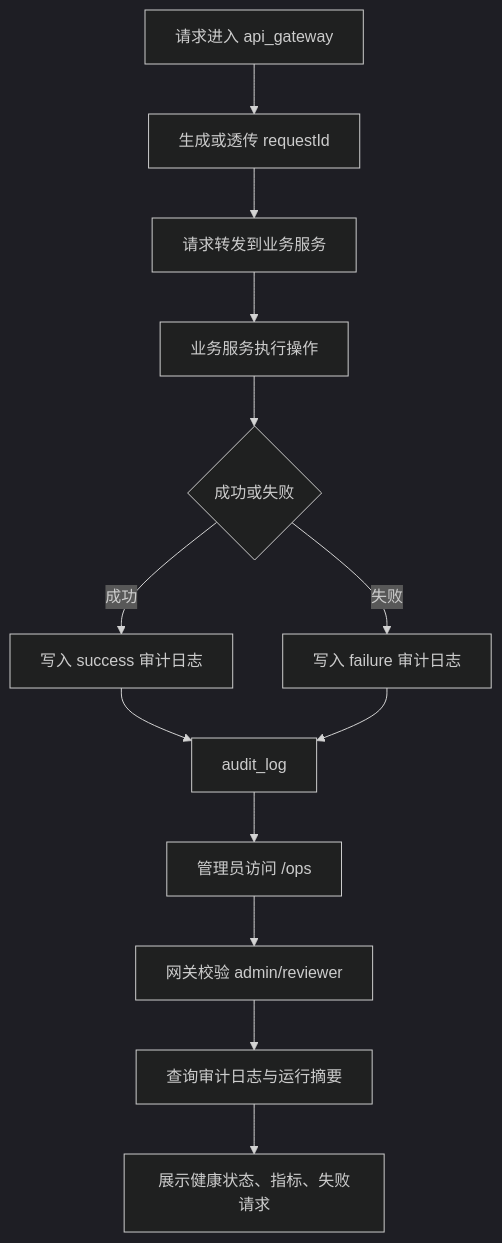
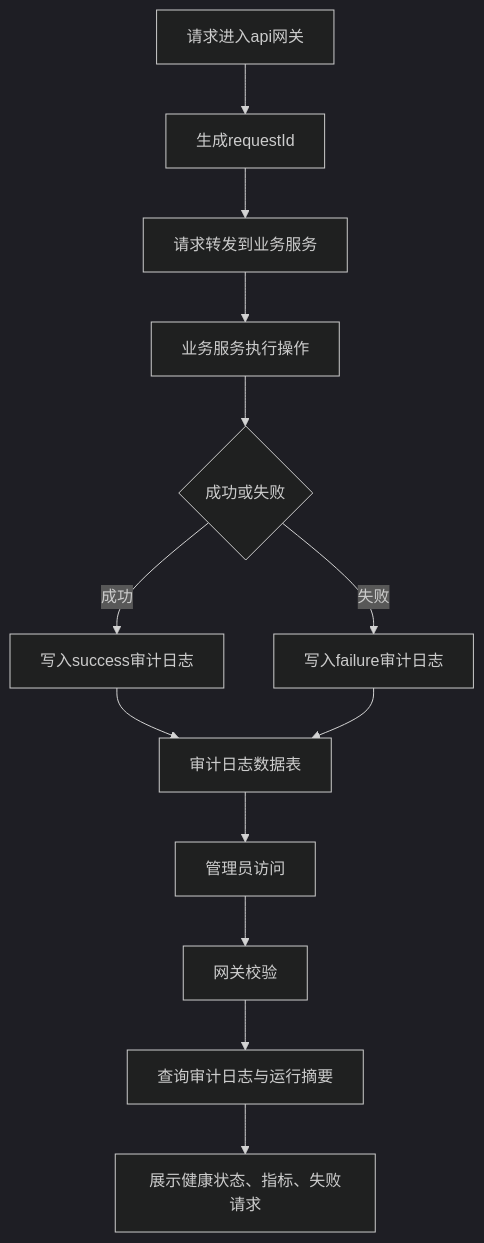
One commit to miniz08/endlessRain changed the diagram in docs/diagrams/modules/audit-flow.mmd. Above: the diagram before and after it, drawn with Mermaid (dark theme). The commit also changed 86 other files, not shown here.

```diff
--- a/docs/diagrams/modules/audit-flow.mmd
+++ b/docs/diagrams/modules/audit-flow.mmd
@@ -1,13 +1,13 @@
 flowchart TD
-  A["请求进入 api_gateway"] --> B["生成或透传 requestId"]
+  A["请求进入api网关"] --> B["生成requestId"]
   B --> C["请求转发到业务服务"]
   C --> D["业务服务执行操作"]
   D --> E{"成功或失败"}
-  E -- 成功 --> F["写入 success 审计日志"]
-  E -- 失败 --> G["写入 failure 审计日志"]
-  F --> H["audit_log"]
+  E -- 成功 --> F["写入success审计日志"]
+  E -- 失败 --> G["写入failure审计日志"]
+  F --> H["审计日志数据表"]
   G --> H
-  H --> I["管理员访问 /ops"]
-  I --> J["网关校验 admin/reviewer"]
+  H --> I["管理员访问"]
+  I --> J["网关校验"]
   J --> K["查询审计日志与运行摘要"]
   K --> L["展示健康状态、指标、失败请求"]
```
